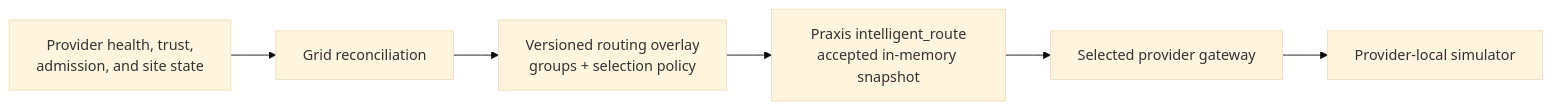
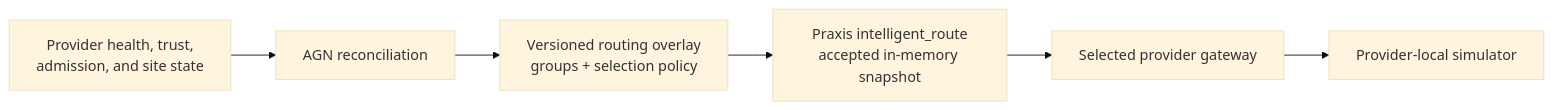
Before and after one commit to evacchi/grid: the second of 4 diagrams in tests/e2e/topologies/grid-provider-traffic/README.md, drawn with Mermaid (base theme). The commit also changed other lines of this file and 44 other files, not shown here.

````diff
--- a/tests/e2e/topologies/grid-provider-traffic/README.md
+++ b/tests/e2e/topologies/grid-provider-traffic/README.md
@@ -56,11 +56,11 @@
 ```mermaid
 flowchart LR
     state[Provider health, trust,<br/>admission, and site state]
-    grid[Grid reconciliation]
+    grid[AGN reconciliation]
     overlay[Versioned routing overlay<br/>groups + selection policy]
     praxis[Praxis intelligent_route<br/>accepted in-memory snapshot]
     provider[Selected provider gateway]
     backend[Provider-local simulator]
 
     state --> grid --> overlay --> praxis --> provider --> backend
 ```
````
